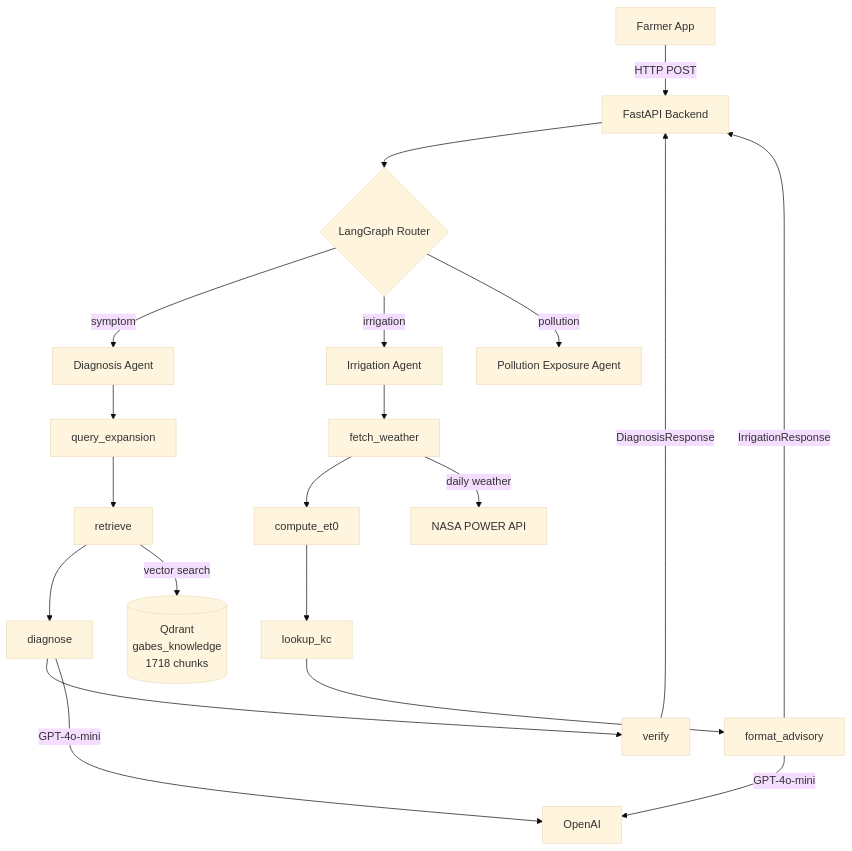
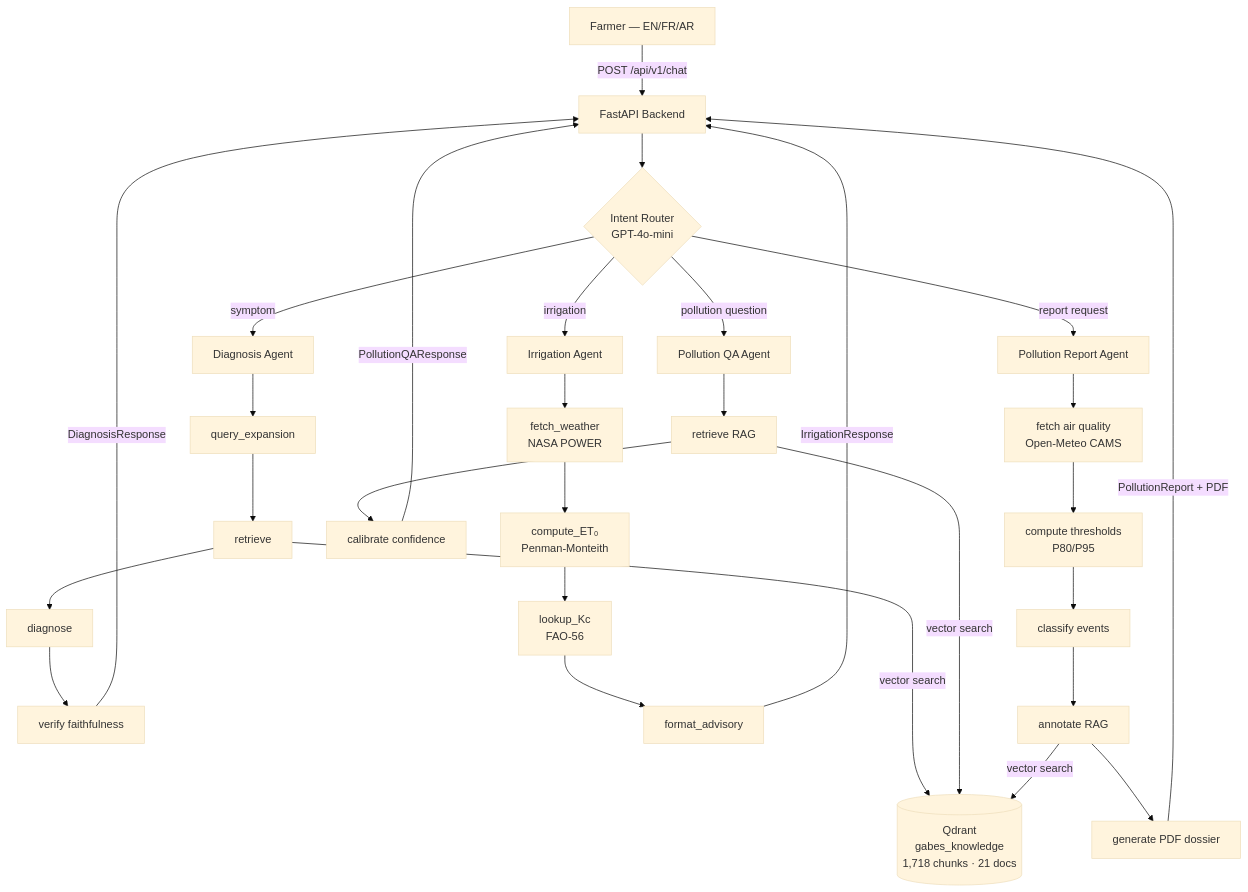
Before and after one commit to omarfh111/Gabesi-AIGuardian: the first of 2 diagrams in README.md, drawn with Mermaid (base theme). The commit also changed other lines of this file, not shown here.

Commit message:
docs: updated README — full architecture, 51 tests, all eval results, complete API reference

````diff
--- a/README.md
+++ b/README.md
@@ -121,22 +51,36 @@
 ```mermaid
 graph TD
-    A[Farmer App] -->|HTTP POST| B[FastAPI Backend]
-    B --> C{LangGraph Router}
+    A[Farmer — EN/FR/AR] -->|POST /api/v1/chat| B[FastAPI Backend]
+    B --> C{Intent Router\nGPT-4o-mini}
     C -->|symptom| D[Diagnosis Agent]
     C -->|irrigation| E[Irrigation Agent]
-    C -->|pollution| F[Pollution Exposure Agent]
-    D --> G[query_expansion]
-    G --> H[retrieve]
-    H --> I[diagnose]
-    I --> J[verify]
-    J -->|DiagnosisResponse| B
-    E --> K[fetch_weather]
-    K --> L[compute_et0]
-    L --> M[lookup_kc]
-    M --> N[format_advisory]
-    N -->|IrrigationResponse| B
-    H -->|vector search| O[(Qdrant\ngabes_knowledge\n1718 chunks)]
-    K -->|daily weather| P[NASA POWER API]
-    I -->|GPT-4o-mini| Q[OpenAI]
-    N -->|GPT-4o-mini| Q
+    C -->|pollution question| F[Pollution QA Agent]
+    C -->|report request| G[Pollution Report Agent]
+
+    D --> D1[query_expansion]
+    D1 --> D2[retrieve]
+    D2 --> D3[diagnose]
+    D3 --> D4[verify faithfulness]
+    D4 -->|DiagnosisResponse| B
+
+    E --> E1[fetch_weather\nNASA POWER]
+    E1 --> E2[compute_ET₀\nPenman-Monteith]
+    E2 --> E3[lookup_Kc\nFAO-56]
+    E3 --> E4[format_advisory]
+    E4 -->|IrrigationResponse| B
+
+    F --> F1[retrieve RAG]
+    F1 --> F2[calibrate confidence]
+    F2 -->|PollutionQAResponse| B
+
+    G --> G1[fetch air quality\nOpen-Meteo CAMS]
+    G1 --> G2[compute thresholds\nP80/P95]
+    G2 --> G3[classify events]
+    G3 --> G4[annotate RAG]
+    G4 --> G5[generate PDF dossier]
+    G5 -->|PollutionReport + PDF| B
+
+    D2 -->|vector search| KB[(Qdrant\ngabes_knowledge\n1,718 chunks · 21 docs)]
+    F1 -->|vector search| KB
+    G4 -->|vector search| KB
 ```
````
